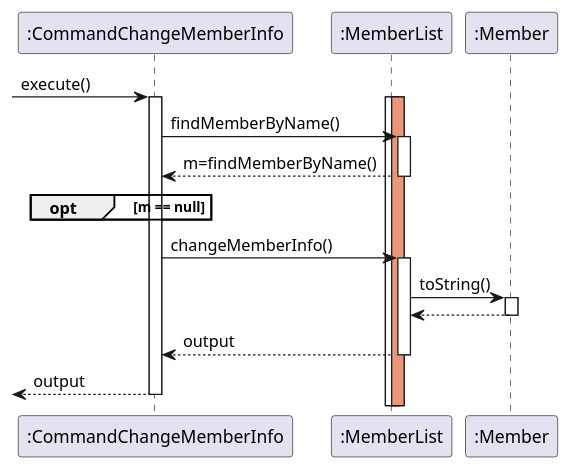
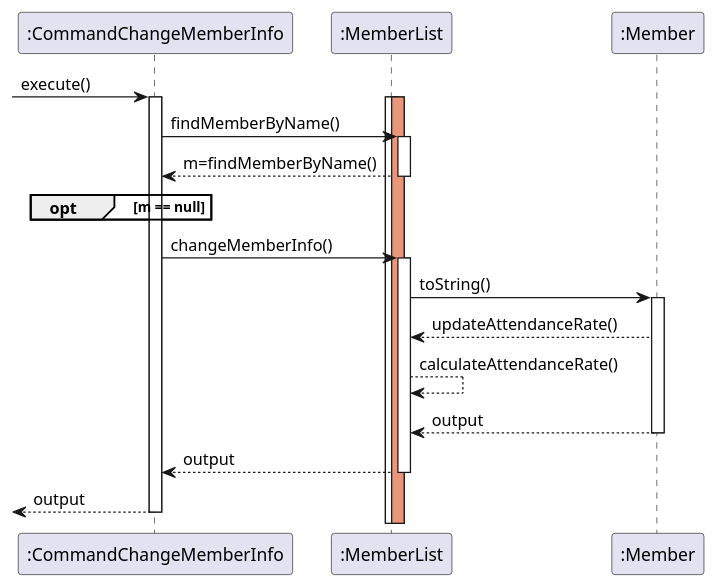
The diagram in docs/hrDiagram/CommandChangeMemberInfo.puml (nus-cs2113-AY2021S1/tp), drawn with PlantUML before and after one commit. The commit also changed 7 other files, not shown here.

```diff
--- a/docs/hrDiagram/CommandChangeMemberInfo.puml
+++ b/docs/hrDiagram/CommandChangeMemberInfo.puml
@@ -1,21 +1,23 @@
 @startuml
 
  -> ":CommandChangeMemberInfo": execute()
 activate ":CommandChangeMemberInfo"
 activate ":MemberList"
 activate ":MemberList" #DarkSalmon
 ":CommandChangeMemberInfo" -> ":MemberList" : findMemberByName()
 activate ":MemberList"
 ":MemberList" --> ":CommandChangeMemberInfo" : m=findMemberByName()
 deactivate ":MemberList"
 opt m == null
 end
 ":CommandChangeMemberInfo" -> ":MemberList" : changeMemberInfo()
 activate ":MemberList"
 ":MemberList" -> ":Member" : toString()
 activate ":Member"
-return
+":Member" --> ":MemberList" : updateAttendanceRate()
+":MemberList" --> ":MemberList" : calculateAttendanceRate()
+return output
 return output
 return output
 
 @enduml
```
